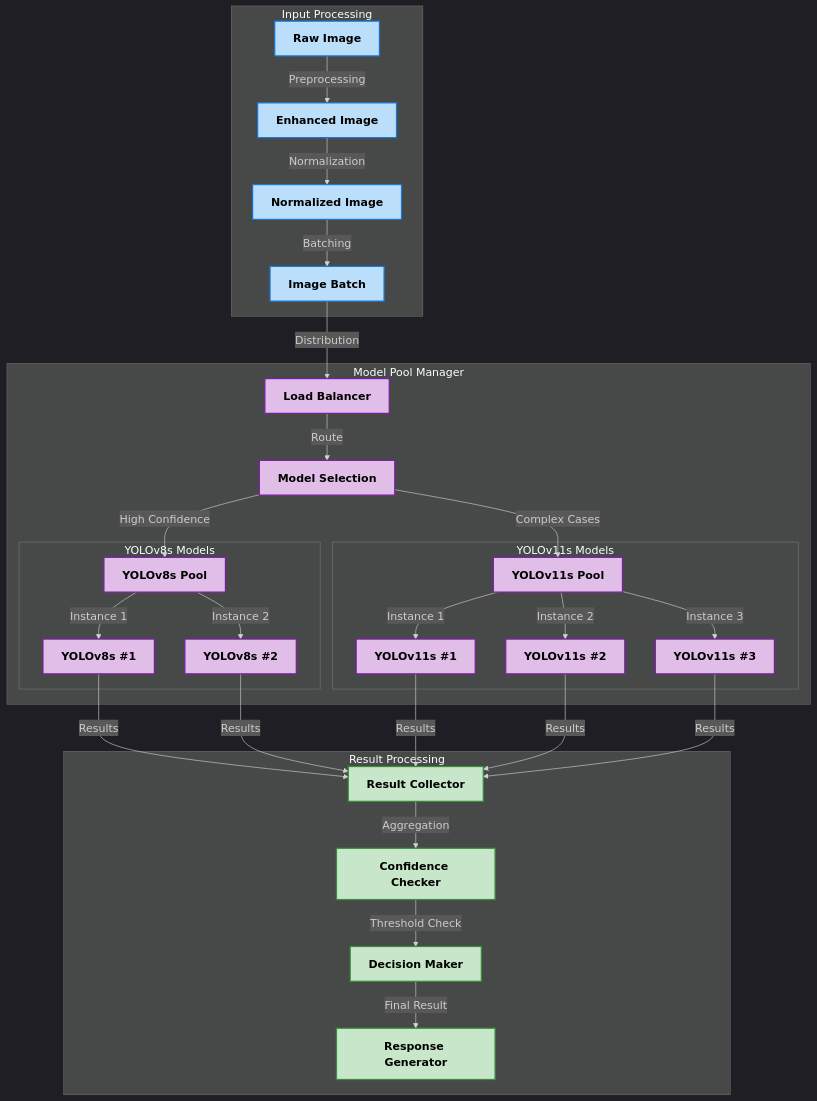
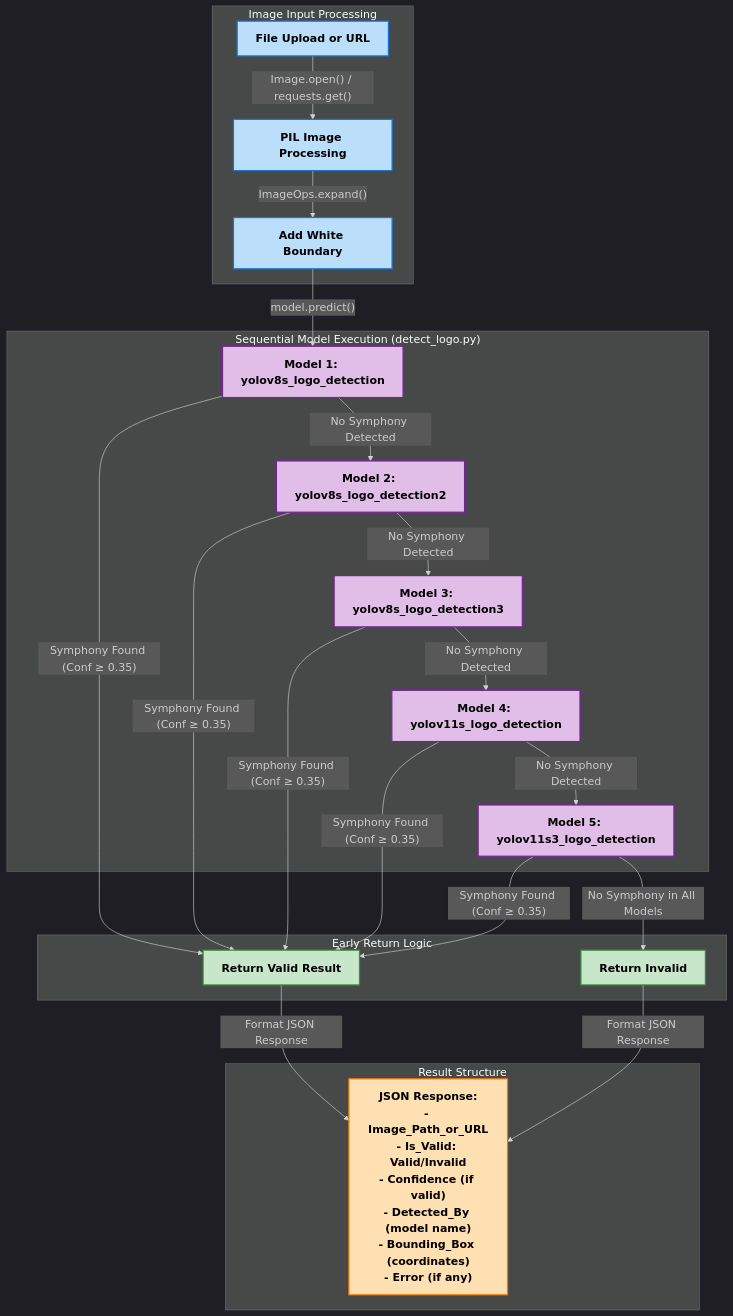
One commit to Dhruv0306/SymphonyProject1 changed the sixth of 9 diagrams in README.md. Above: the diagram before and after it, drawn with Mermaid. The commit also changed other lines of this file and 38 other files, not shown here.

````diff
--- a/README.md
+++ b/README.md
@@ -330,52 +386,41 @@
 ```mermaid
 %%{init: {'theme': 'dark', 'themeVariables': { 'fontFamily': 'arial', 'fontSize': '18px', 'fontWeight': 'bold'}}}%%
 graph TD
-    subgraph "Input Processing" 
+    subgraph "Image Input Processing"
         style A fill:#bbdefb,stroke:#1976d2,stroke-width:2px,color:#000000,font-weight:bold
         style B fill:#bbdefb,stroke:#1976d2,stroke-width:2px,color:#000000,font-weight:bold
         style C fill:#bbdefb,stroke:#1976d2,stroke-width:2px,color:#000000,font-weight:bold
-        style D fill:#bbdefb,stroke:#1976d2,stroke-width:2px,color:#000000,font-weight:bold
-        A[Raw Image] -->|Preprocessing| B[Enhanced Image]
-        B -->|Normalization| C[Normalized Image]
-        C -->|Batching| D[Image Batch]
+        A["File Upload or URL"] -->|"Image.open() / requests.get()"| B["PIL Image Processing"]
+        B -->|"ImageOps.expand()"| C["Add White Boundary"]
     end
 
-    subgraph "Model Pool Manager" 
-        style E fill:#e1bee7,stroke:#7b1fa2,stroke-width:2px,color:#000000,font-weight:bold
-        style F fill:#e1bee7,stroke:#7b1fa2,stroke-width:2px,color:#000000,font-weight:bold
-        style G fill:#e1bee7,stroke:#7b1fa2,stroke-width:2px,color:#000000,font-weight:bold
-        style H fill:#e1bee7,stroke:#7b1fa2,stroke-width:2px,color:#000000,font-weight:bold
-        style I1 fill:#e1bee7,stroke:#7b1fa2,stroke-width:2px,color:#000000,font-weight:bold
-        style I2 fill:#e1bee7,stroke:#7b1fa2,stroke-width:2px,color:#000000,font-weight:bold
-        style J1 fill:#e1bee7,stroke:#7b1fa2,stroke-width:2px,color:#000000,font-weight:bold
-        style J2 fill:#e1bee7,stroke:#7b1fa2,stroke-width:2px,color:#000000,font-weight:bold
-        style J3 fill:#e1bee7,stroke:#7b1fa2,stroke-width:2px,color:#000000,font-weight:bold
-        D -->|Distribution| E[Load Balancer]
-        E -->|Route| F[Model Selection]
-        
-        F -->|High Confidence| G[YOLOv8s Pool]
-        F -->|Complex Cases| H[YOLOv11s Pool]
-        
-        subgraph "YOLOv8s Models"
-            G -->|Instance 1| I1[YOLOv8s #1]
-            G -->|Instance 2| I2[YOLOv8s #2]
-        end
-        
-        subgraph "YOLOv11s Models"
-            H -->|Instance 1| J1[YOLOv11s #1]
-            H -->|Instance 2| J2[YOLOv11s #2]
-            H -->|Instance 3| J3[YOLOv11s #3]
-        end
+    subgraph "Sequential Model Execution (detect_logo.py)"
+        style D1 fill:#e1bee7,stroke:#7b1fa2,stroke-width:2px,color:#000000,font-weight:bold
+        style D2 fill:#e1bee7,stroke:#7b1fa2,stroke-width:2px,color:#000000,font-weight:bold
+        style D3 fill:#e1bee7,stroke:#7b1fa2,stroke-width:2px,color:#000000,font-weight:bold
+        style D4 fill:#e1bee7,stroke:#7b1fa2,stroke-width:2px,color:#000000,font-weight:bold
+        style D5 fill:#e1bee7,stroke:#7b1fa2,stroke-width:2px,color:#000000,font-weight:bold
+        C -->|"model.predict()"| D1["Model 1: yolov8s_logo_detection"]
+        D1 -->|"No Symphony Detected"| D2["Model 2: yolov8s_logo_detection2"]
+        D2 -->|"No Symphony Detected"| D3["Model 3: yolov8s_logo_detection3"]
+        D3 -->|"No Symphony Detected"| D4["Model 4: yolov11s_logo_detection"]
+        D4 -->|"No Symphony Detected"| D5["Model 5: yolov11s3_logo_detection"]
     end
 
-    subgraph "Result Processing" 
-        style K fill:#c8e6c9,stroke:#388e3c,stroke-width:2px,color:#000000,font-weight:bold
-        style L fill:#c8e6c9,stroke:#388e3c,stroke-width:2px,color:#000000,font-weight:bold
-        style M fill:#c8e6c9,stroke:#388e3c,stroke-width:2px,color:#000000,font-weight:bold
-        style N fill:#c8e6c9,stroke:#388e3c,stroke-width:2px,color:#000000,font-weight:bold
-        I1 & I2 & J1 & J2 & J3 -->|Results| K[Result Collector]
-        K -->|Aggregation| L[Confidence Checker]
-        L -->|Threshold Check| M[Decision Maker]
-        M -->|Final Result| N[Response Generator]
+    subgraph "Early Return Logic"
+        style E1 fill:#c8e6c9,stroke:#388e3c,stroke-width:2px,color:#000000,font-weight:bold
+        style E2 fill:#c8e6c9,stroke:#388e3c,stroke-width:2px,color:#000000,font-weight:bold
+        D1 -->|"Symphony Found (Conf ≥ 0.35)"| E1["Return Valid Result"]
+        D2 -->|"Symphony Found (Conf ≥ 0.35)"| E1
+        D3 -->|"Symphony Found (Conf ≥ 0.35)"| E1
+        D4 -->|"Symphony Found (Conf ≥ 0.35)"| E1
+        D5 -->|"Symphony Found (Conf ≥ 0.35)"| E1
+        D5 -->|"No Symphony in All Models"| E2["Return Invalid"]
+    end
+
+    subgraph "Result Structure"
+        style F fill:#ffe0b2,stroke:#f57c00,stroke-width:2px,color:#000000,font-weight:bold
+        E1 -->|"Format JSON Response"| F["JSON Response:<br/>- Image_Path_or_URL<br/>- Is_Valid: Valid/Invalid<br/>- Confidence (if valid)<br/>- Detected_By (model name)<br/>- Bounding_Box (coordinates)<br/>- Error (if any)"]
+        E2 -->|"Format JSON Response"| F
     end
 ```
````
